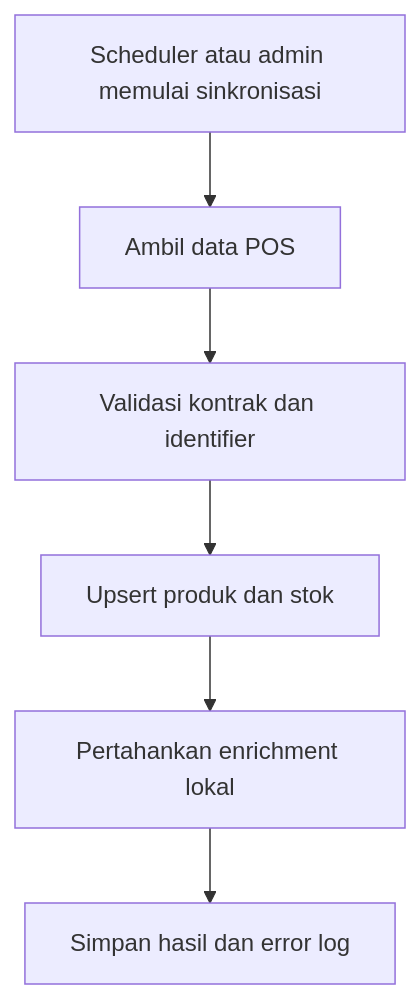
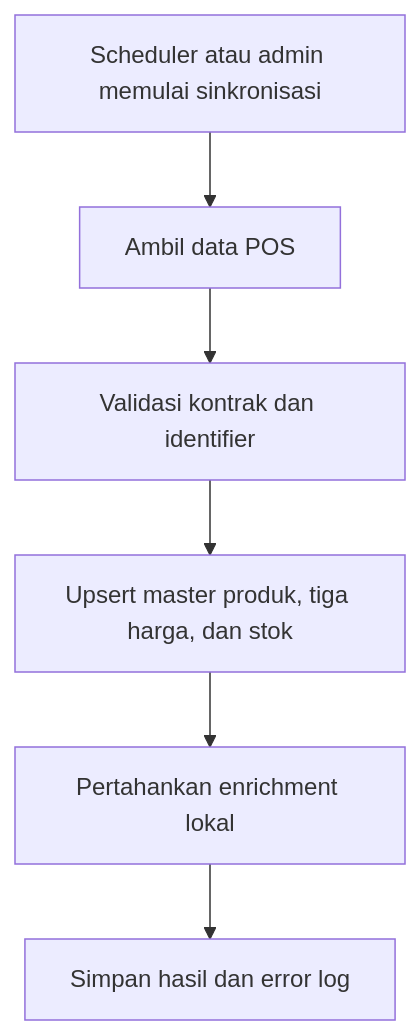
One commit to Webekspres/pixel-komunika changed the fourth of 4 diagrams in docs/requirements/BRD.md. Above: the diagram before and after it, drawn with Mermaid. The commit also changed other lines of this file and 3 other files, not shown here.

````diff
--- a/docs/requirements/BRD.md
+++ b/docs/requirements/BRD.md
@@ -302,8 +311,8 @@
 ```mermaid
 flowchart TD
     A[Scheduler atau admin memulai sinkronisasi] --> B[Ambil data POS]
     B --> C[Validasi kontrak dan identifier]
-    C --> D[Upsert produk dan stok]
+    C --> D[Upsert master produk, tiga harga, dan stok]
     D --> E[Pertahankan enrichment lokal]
     E --> F[Simpan hasil dan error log]
 ```
````
